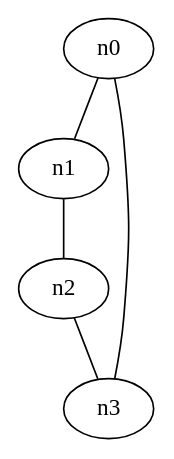
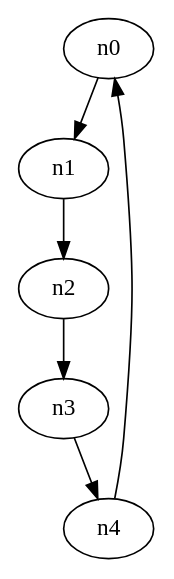
The diagram in dot/ring.dot (junekihong/JumanG), drawn with Graphviz before and after one commit. The commit also changed 2 other files, not shown here.

```diff
--- a/dot/ring.dot
+++ b/dot/ring.dot
@@ -1,3 +1,8 @@
-graph G {
-n0 -- n1 -- n2 -- n3 -- n0;
+digraph G {
+n0 -> n1 
+n1 -> n2 
+n2 -> n3 
+n3 -> n4
+n4 -> n0
+
 }
```
